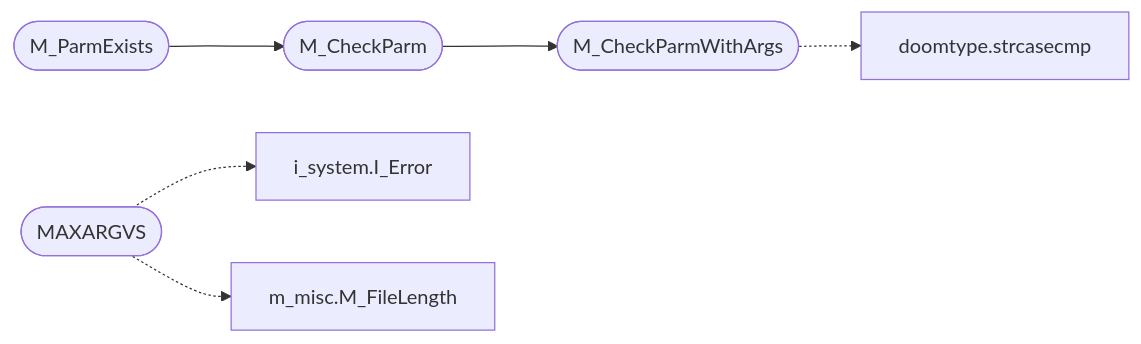
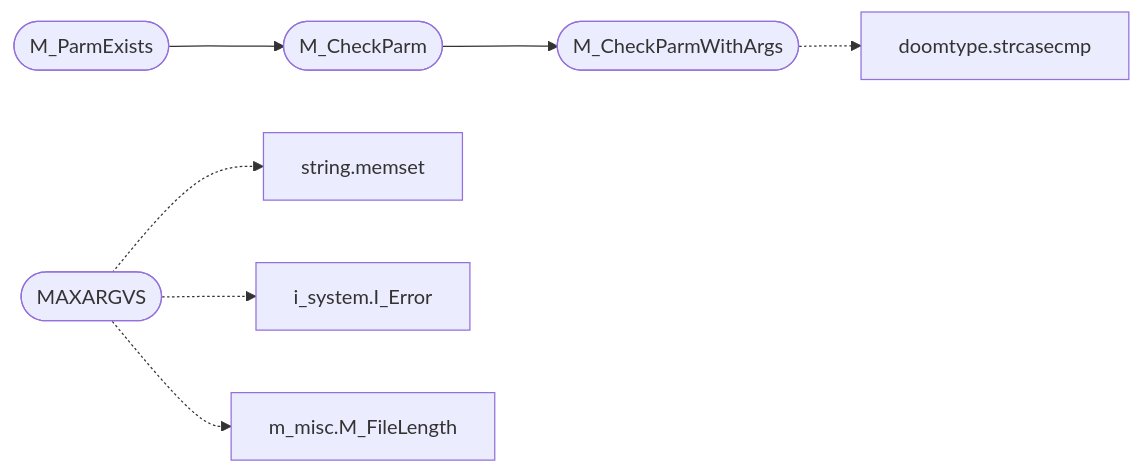
The diagram in readmenator-apidocs/modules/progs.doomgeneric.m_argv.c.md (grisuno/miniOS), drawn with Mermaid before and after one commit. The commit also changed other lines of this file and 222 other files, not shown here.

````diff
--- a/readmenator-apidocs/modules/progs.doomgeneric.m_argv.c.md
+++ b/readmenator-apidocs/modules/progs.doomgeneric.m_argv.c.md
@@ -18,15 +18,17 @@
 ```mermaid
 flowchart LR
     n_progs_doomgeneric_m_argv_c__M_ParmExists(["M_ParmExists"])
     n_progs_doomgeneric_m_argv_c__M_CheckParm(["M_CheckParm"])
     n_progs_doomgeneric_m_argv_c__M_CheckParmWithArgs(["M_CheckParmWithArgs"])
     n_progs_doomgeneric_doomtype_h__strcasecmp["doomtype.strcasecmp"]
     n_progs_doomgeneric_m_argv_c__MAXARGVS(["MAXARGVS"])
+    n_kernel_string_c__memset["string.memset"]
     n_progs_doomgeneric_i_system_h__I_Error["i_system.I_Error"]
     n_progs_doomgeneric_m_misc_h__M_FileLength["m_misc.M_FileLength"]
     n_progs_doomgeneric_m_argv_c__M_ParmExists --> n_progs_doomgeneric_m_argv_c__M_CheckParm
     n_progs_doomgeneric_m_argv_c__M_CheckParm --> n_progs_doomgeneric_m_argv_c__M_CheckParmWithArgs
     n_progs_doomgeneric_m_argv_c__M_CheckParmWithArgs -.-> n_progs_doomgeneric_doomtype_h__strcasecmp
+    n_progs_doomgeneric_m_argv_c__MAXARGVS -.-> n_kernel_string_c__memset
     n_progs_doomgeneric_m_argv_c__MAXARGVS -.-> n_progs_doomgeneric_i_system_h__I_Error
     n_progs_doomgeneric_m_argv_c__MAXARGVS -.-> n_progs_doomgeneric_m_misc_h__M_FileLength
 ```
````
